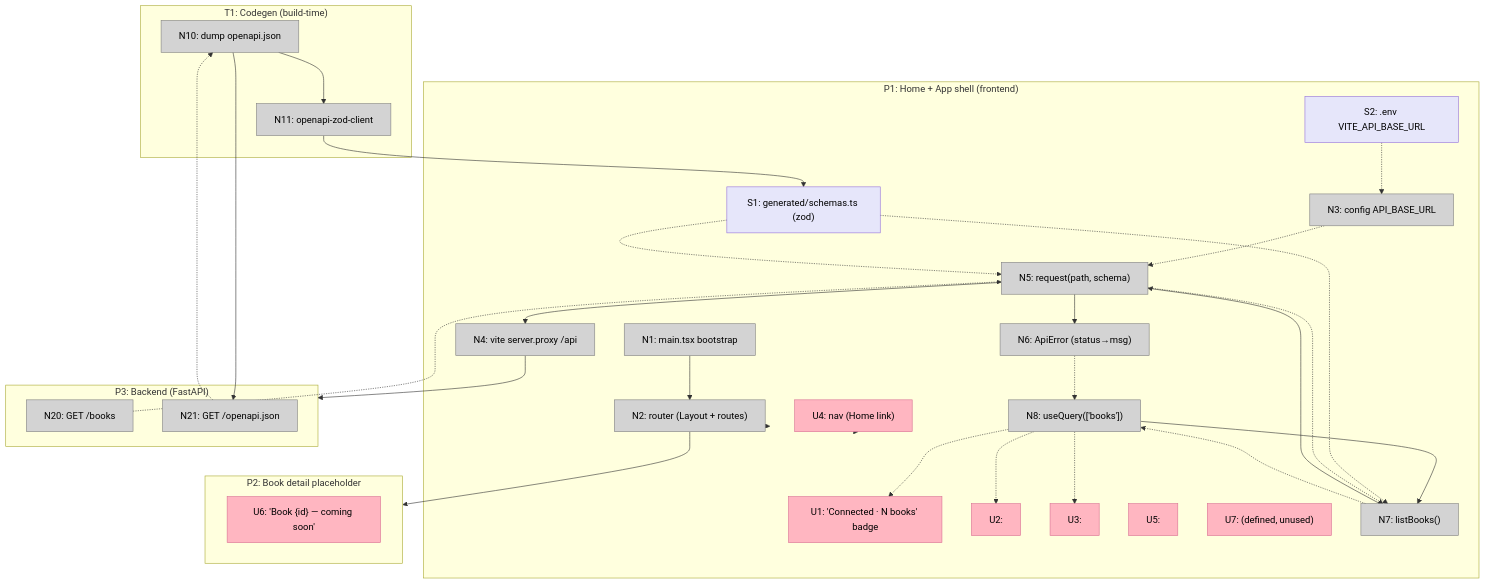
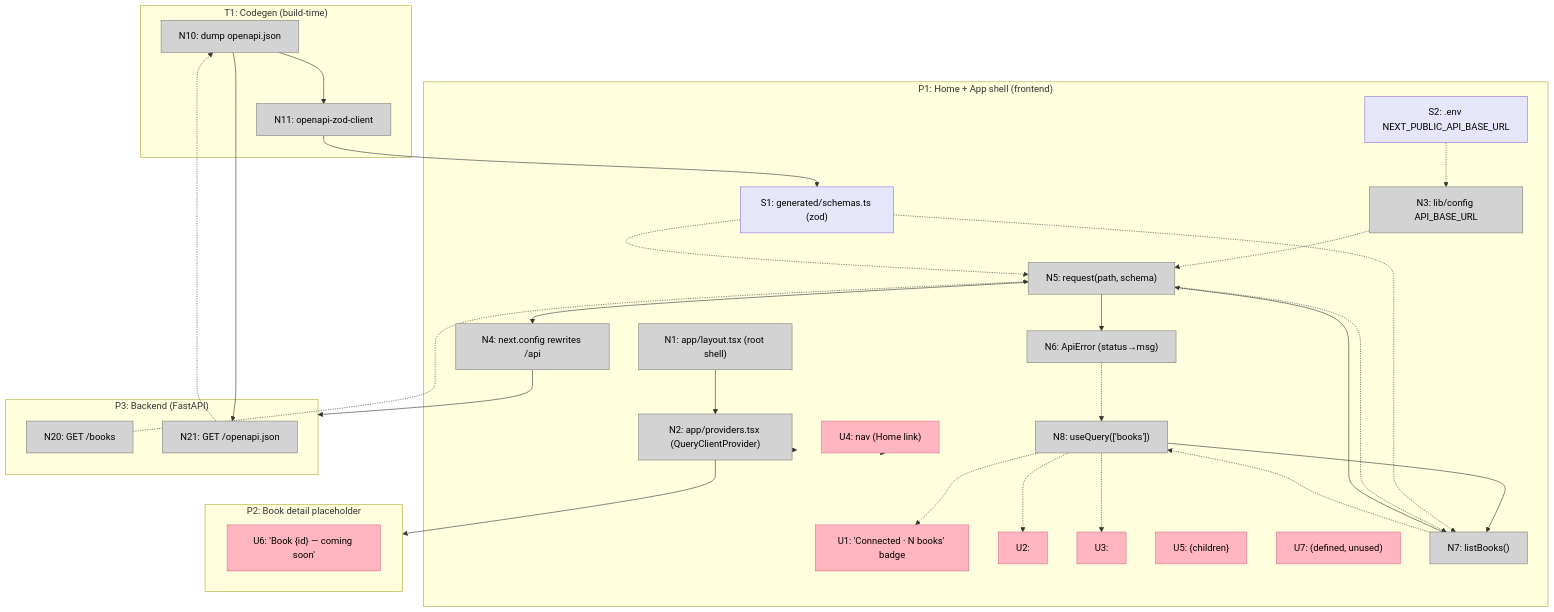
Before and after one commit to polunwu/golden-book-rag: the diagram in docs/v1/step8/breadboard.md, drawn with Mermaid. The commit also changed other lines of this file and 4 other files, not shown here.

````diff
--- a/docs/v1/step8/breadboard.md
+++ b/docs/v1/step8/breadboard.md
@@ -77,69 +89,69 @@
 ```mermaid
 flowchart TB
     subgraph P1["P1: Home + App shell (frontend)"]
         U1["U1: 'Connected · N books' badge"]
         U2["U2: <Loading/>"]
         U3["U3: <ErrorState/>"]
         U4["U4: nav (Home link)"]
-        U5["U5: <Outlet/>"]
+        U5["U5: {children}"]
         U7["U7: <Empty/> (defined, unused)"]
-        N1["N1: main.tsx bootstrap"]
-        N2["N2: router (Layout + routes)"]
-        N3["N3: config API_BASE_URL"]
-        N4["N4: vite server.proxy /api"]
+        N1["N1: app/layout.tsx (root shell)"]
+        N2["N2: app/providers.tsx (QueryClientProvider)"]
+        N3["N3: lib/config API_BASE_URL"]
+        N4["N4: next.config rewrites /api"]
         N5["N5: request(path, schema)"]
         N6["N6: ApiError (status→msg)"]
         N7["N7: listBooks()"]
         N8["N8: useQuery(['books'])"]
         S1["S1: generated/schemas.ts (zod)"]
-        S2["S2: .env VITE_API_BASE_URL"]
+        S2["S2: .env NEXT_PUBLIC_API_BASE_URL"]
     end
 
     subgraph P2["P2: Book detail placeholder"]
         U6["U6: 'Book {id} — coming soon'"]
     end
 
     subgraph T1["T1: Codegen (build-time)"]
         N10["N10: dump openapi.json"]
         N11["N11: openapi-zod-client"]
     end
 
     subgraph P3["P3: Backend (FastAPI)"]
         N20["N20: GET /books"]
         N21["N21: GET /openapi.json"]
     end
 
     N1 --> N2
     N2 --> P1
     N2 --> P2
     U4 --> P1
 
     N8 --> N7
     N7 --> N5
     N5 --> N4
     N5 --> N6
     N4 --> P3
     N20 -.-> N5
     S2 -.-> N3
     N3 -.-> N5
     S1 -.-> N5
     S1 -.-> N7
     N6 -.-> N8
     N5 -.-> N7
     N7 -.-> N8
     N8 -.-> U1
     N8 -.-> U2
     N8 -.-> U3
 
     N10 --> N21
     N21 -.-> N10
     N10 --> N11
     N11 --> S1
 
     classDef ui fill:#ffb6c1,stroke:#d87093,color:#000
     classDef nonui fill:#d3d3d3,stroke:#808080,color:#000
     classDef store fill:#e6e6fa,stroke:#9370db,color:#000
     class U1,U2,U3,U4,U5,U6,U7 ui
     class N1,N2,N3,N4,N5,N6,N7,N8,N10,N11,N20,N21 nonui
     class S1,S2 store
 ```
````
